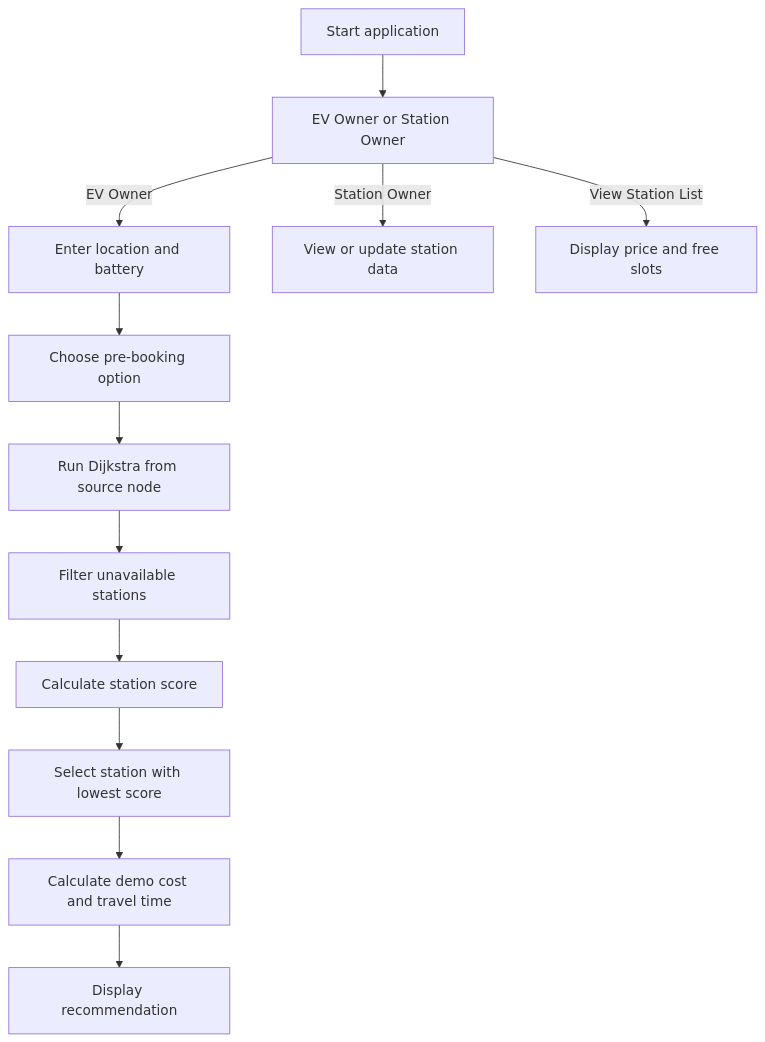
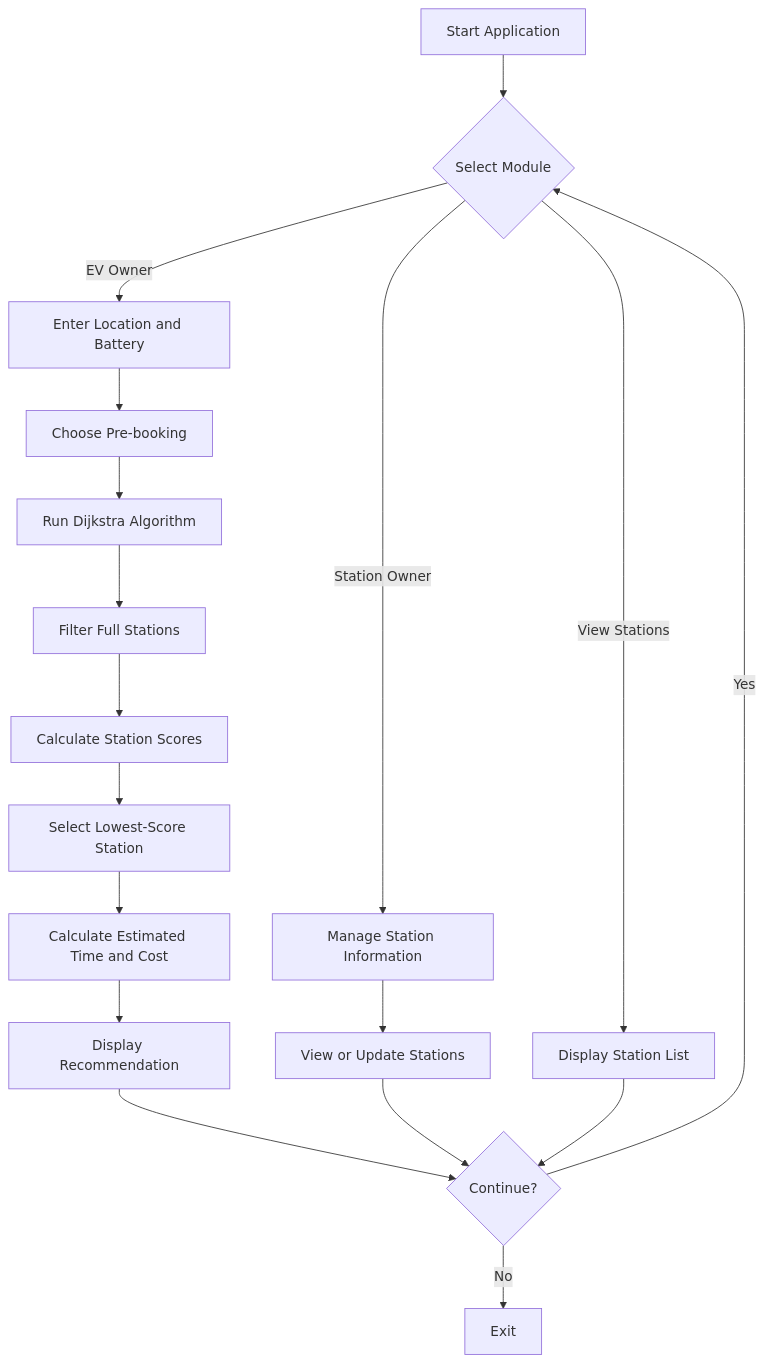
The diagram in README.md (siddhi-0811/EV-Smart-Station-Optimizer), drawn with Mermaid before and after one commit. The commit also changed other lines of this file, not shown here.

````diff
--- a/README.md
+++ b/README.md
@@ -41,14 +95,20 @@
 ```mermaid
 flowchart TD
-    A[Start application] --> B[EV Owner or Station Owner]
-    B -->|EV Owner| C[Enter location and battery]
-    C --> D[Choose pre-booking option]
-    D --> E[Run Dijkstra from source node]
-    E --> F[Filter unavailable stations]
-    F --> G[Calculate station score]
-    G --> H[Select station with lowest score]
-    H --> I[Calculate demo cost and travel time]
-    I --> J[Display recommendation]
-    B -->|Station Owner| K[View or update station data]
-    B -->|View Station List| L[Display price and free slots]
+    A[Start Application] --> B{Select Module}
+    B -->|EV Owner| C[Enter Location and Battery]
+    C --> D[Choose Pre-booking]
+    D --> E[Run Dijkstra Algorithm]
+    E --> F[Filter Full Stations]
+    F --> G[Calculate Station Scores]
+    G --> H[Select Lowest-Score Station]
+    H --> I[Calculate Estimated Time and Cost]
+    I --> J[Display Recommendation]
+    B -->|Station Owner| K[Manage Station Information]
+    K --> L[View or Update Stations]
+    B -->|View Stations| M[Display Station List]
+    J --> N{Continue?}
+    L --> N
+    M --> N
+    N -->|Yes| B
+    N -->|No| O[Exit]
 ```
````
